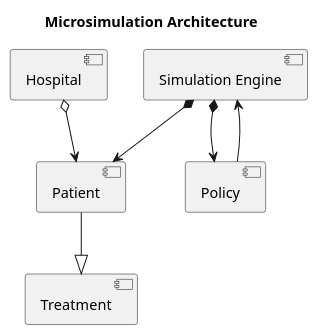
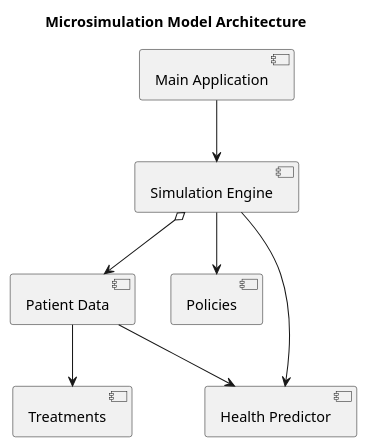
One commit to M-Ghosh9/Microsimulation-model changed the diagram in docs/architecture.puml. Above: the diagram before and after it, drawn with PlantUML.

```diff
--- a/docs/architecture.puml
+++ b/docs/architecture.puml
@@ -1,16 +1,18 @@
 @startuml
-title Microsimulation Architecture
+title Microsimulation Model Architecture
 
-component "Patient" as Patient
-component "Hospital" as Hospital
-component "Policy" as Policy
-component "Treatment" as Treatment
+component "Main Application" as MainApp
 component "Simulation Engine" as Simulation
+component "Patient Data" as Patient
+component "Policies" as Policy
+component "Treatments" as Treatment
+component "Health Predictor" as Predictor
 
-Patient --|> Treatment
-Hospital o--> Patient
-Policy --> Simulation
-Simulation *--> Patient
-Simulation *--> Policy
+MainApp --> Simulation
+Simulation o--> Patient
+Simulation --> Policy
+Simulation --> Predictor
+Patient --> Treatment
+Patient --> Predictor
 
 @enduml
```
